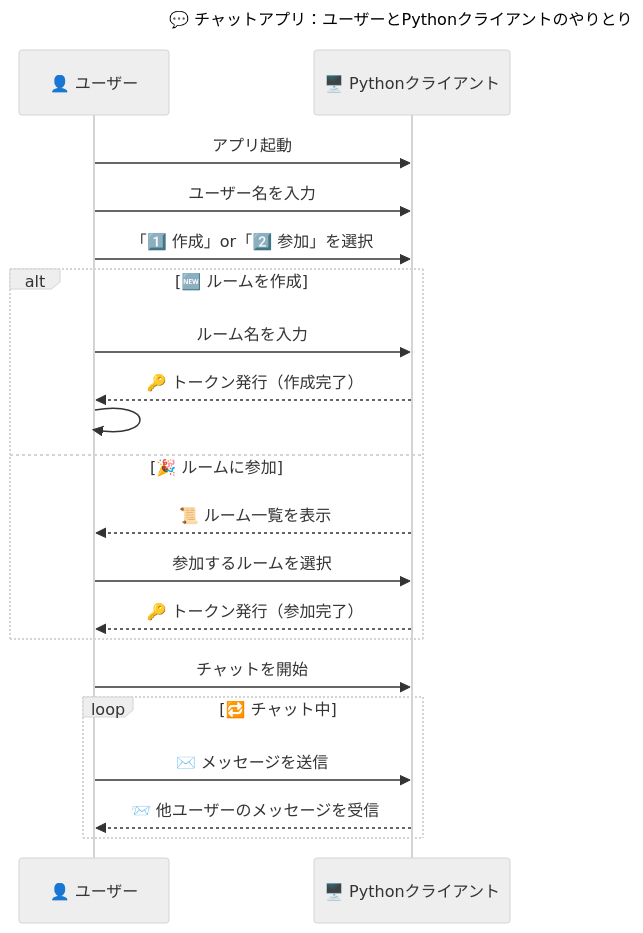
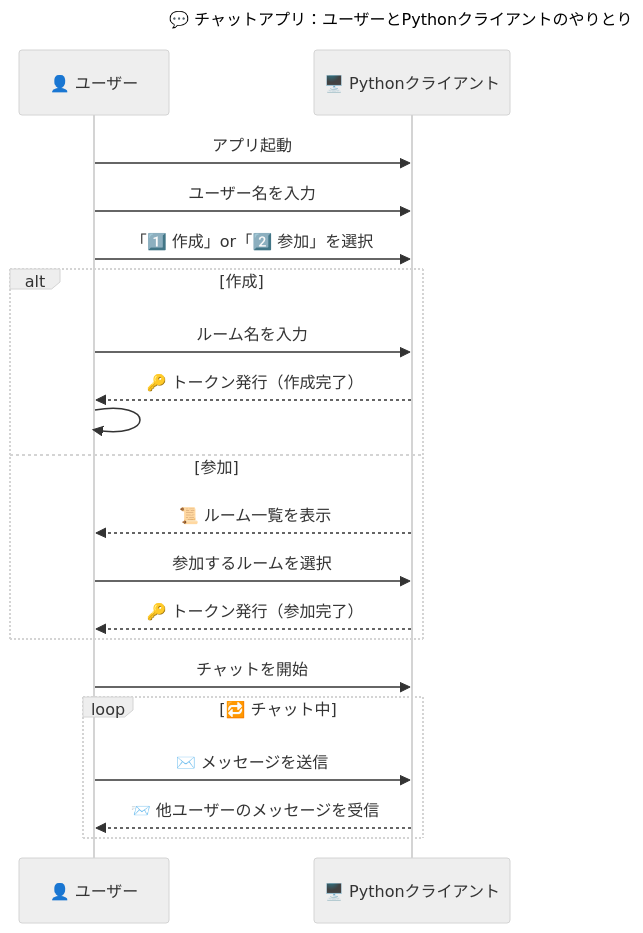
The first of 3 diagrams in README.md (BackendExplorer/Tenshin), drawn with Mermaid (neutral theme) before and after one commit.

````diff
--- a/README.md
+++ b/README.md
@@ -1,35 +1,29 @@
 ```mermaid
 sequenceDiagram
     title 💬 チャットアプリ：ユーザーとPythonクライアントのやりとり
 
     participant ユーザー as 👤 ユーザー
     participant クライアント as 🖥️ Pythonクライアント
 
-    %% === 🚀 起動フェーズ ===
     ユーザー->>クライアント: アプリ起動
     ユーザー->>クライアント: ユーザー名を入力
     ユーザー->>クライアント: 「1️⃣ 作成」or「2️⃣ 参加」を選択
 
-    %% === 🏠 ルーム選択フェーズ ===
-    alt 🆕 ルームを作成
+    alt 作成
         ユーザー->>クライアント: ルーム名を入力
         クライアント-->>ユーザー: 🔑 トークン発行（作成完了）
-
-        %% ダミーの不可視メッセージで余白を作る
         ユーザー->>ユーザー: 
-
-    else 🎉 ルームに参加
+    else 参加
         クライアント-->>ユーザー: 📜 ルーム一覧を表示
         ユーザー->>クライアント: 参加するルームを選択
         クライアント-->>ユーザー: 🔑 トークン発行（参加完了）
     end
 
-    %% === 💬 チャットフェーズ ===
     ユーザー->>クライアント: チャットを開始
 
     loop 🔁 チャット中
         ユーザー->>クライアント: ✉️ メッセージを送信
         クライアント-->>ユーザー: 📨 他ユーザーのメッセージを受信
     end
 
 ```
````
